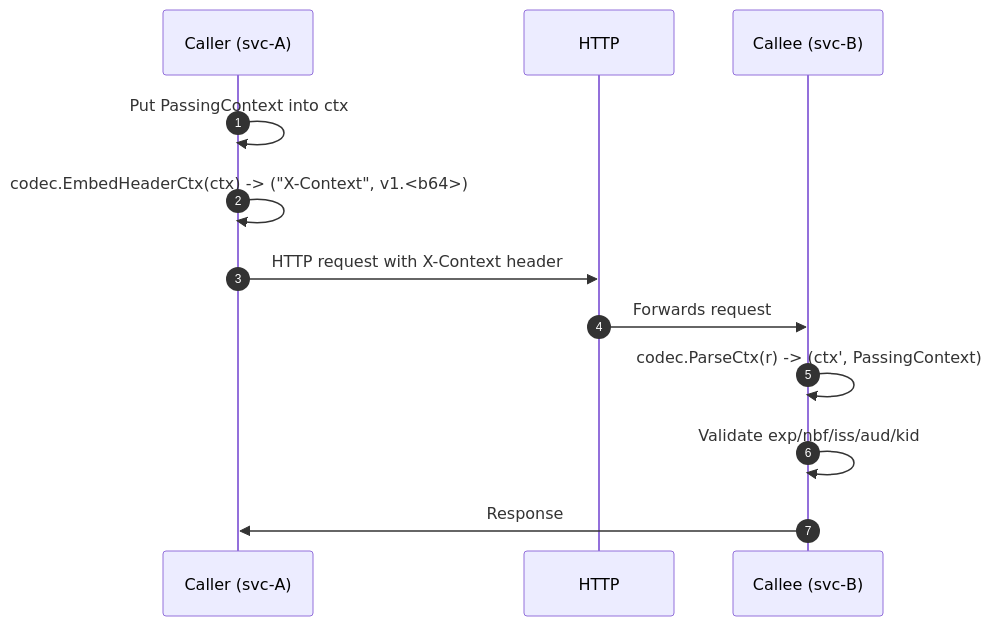
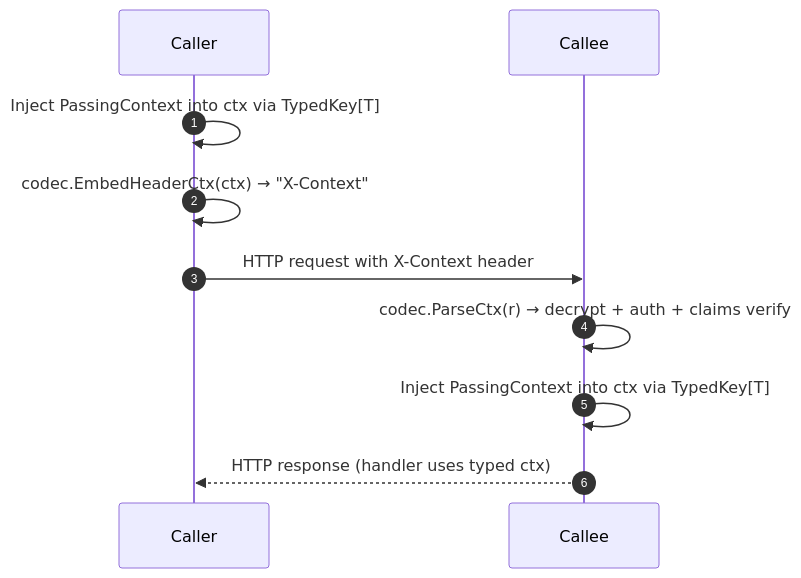
Before and after one commit to ArieDeha/xctx: the diagram in README.md, drawn with Mermaid. The commit also changed other lines of this file and 4 other files, not shown here.

````diff
--- a/README.md
+++ b/README.md
@@ -115,15 +158,12 @@
 ```mermaid
 sequenceDiagram
-    autonumber
-    participant C as Caller (svc‑A)
-    participant H as HTTP
-    participant S as Callee (svc‑B)
-
-    C->>C: Put PassingContext into ctx
-    C->>C: codec.EmbedHeaderCtx(ctx) -> ("X-Context", v1.<b64>)
-    C->>H: HTTP request with X-Context header
-    H->>S: Forwards request
-    S->>S: codec.ParseCtx(r) -> (ctx', PassingContext)
-    S->>S: Validate exp/nbf/iss/aud/kid
-    S->>C: Response
+  autonumber
+  participant Caller
+  participant Callee
+  Caller->>Caller: Inject PassingContext into ctx via TypedKey[T]
+  Caller->>Caller: codec.EmbedHeaderCtx(ctx) → "X-Context"
+  Caller->>Callee: HTTP request with X-Context header
+  Callee->>Callee: codec.ParseCtx(r) → decrypt + auth + claims verify
+  Callee->>Callee: Inject PassingContext into ctx via TypedKey[T]
+  Callee-->>Caller: HTTP response (handler uses typed ctx)
 ```
````
